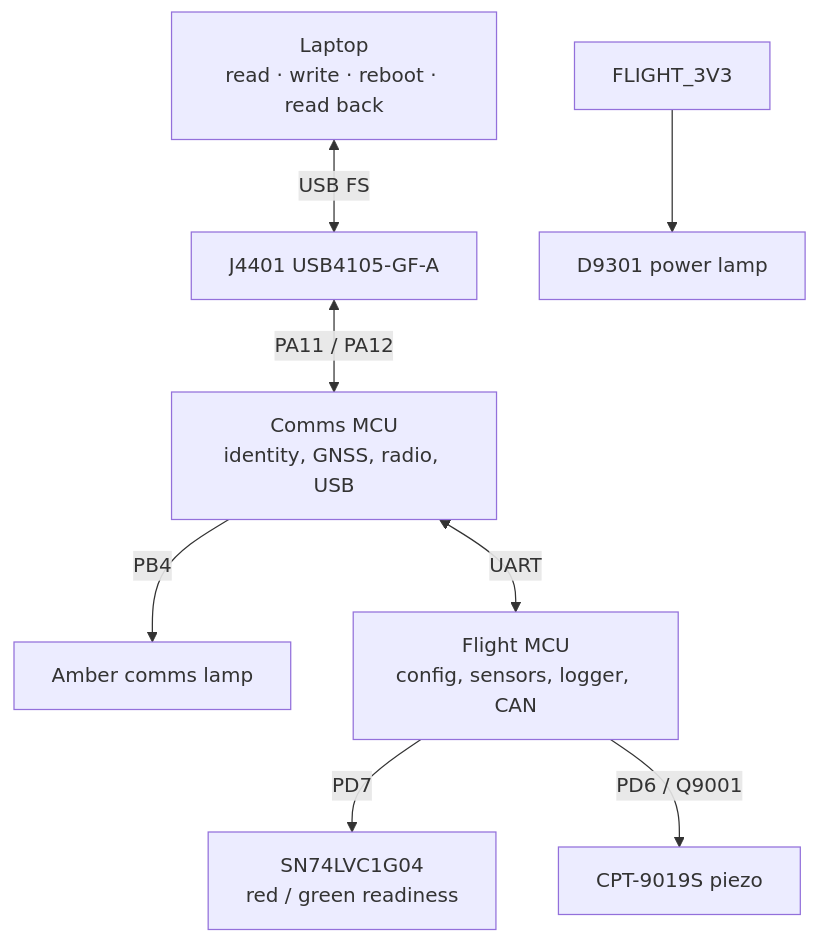
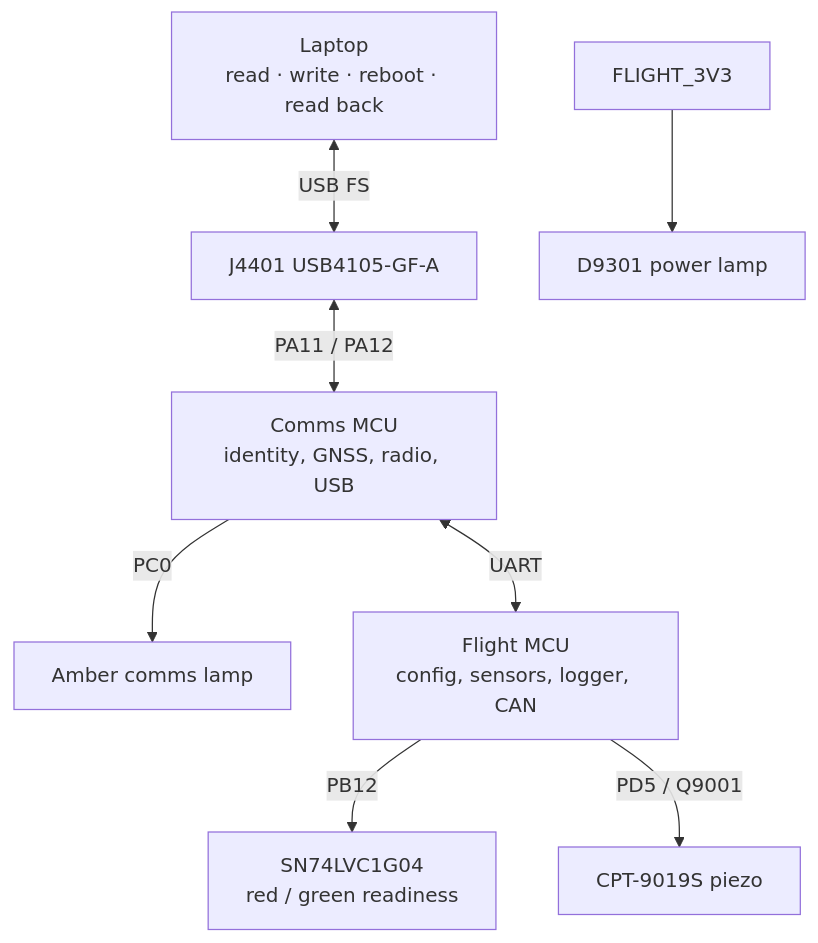
Before and after one commit to ULAS-HiPR/Ogma2: the diagram in docs/architecture/05-service-status-time.md, drawn with Mermaid. The commit also changed 44 other files, not shown here.

````diff
--- a/docs/architecture/05-service-status-time.md
+++ b/docs/architecture/05-service-status-time.md
@@ -7,14 +7,14 @@
 ```mermaid
 flowchart TB
   PC["Laptop
 read · write · reboot · read back"] <-->|"USB FS"| J["J4401 USB4105-GF-A"]
   J <-->|"PA11 / PA12"| C["Comms MCU
 identity, GNSS, radio, USB"]
-  C -->|"PB4"| A["Amber comms lamp"]
+  C -->|"PC0"| A["Amber comms lamp"]
   C <-->|"UART"| F["Flight MCU
 config, sensors, logger, CAN"]
-  F -->|"PD7"| L["SN74LVC1G04
+  F -->|"PB12"| L["SN74LVC1G04
 red / green readiness"]
-  F -->|"PD6 / Q9001"| B["CPT-9019S piezo"]
+  F -->|"PD5 / Q9001"| B["CPT-9019S piezo"]
   P["FLIGHT_3V3"] --> H["D9301 power lamp"]
 ```
````
